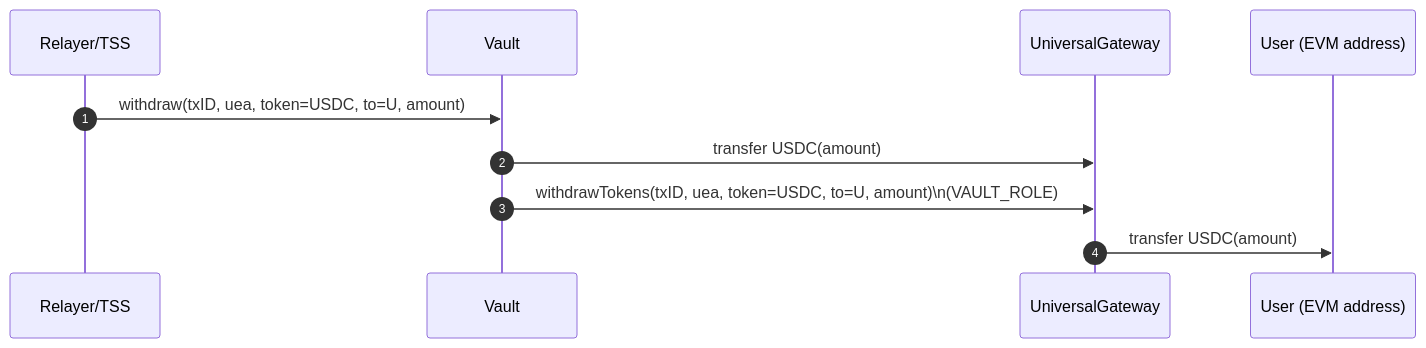
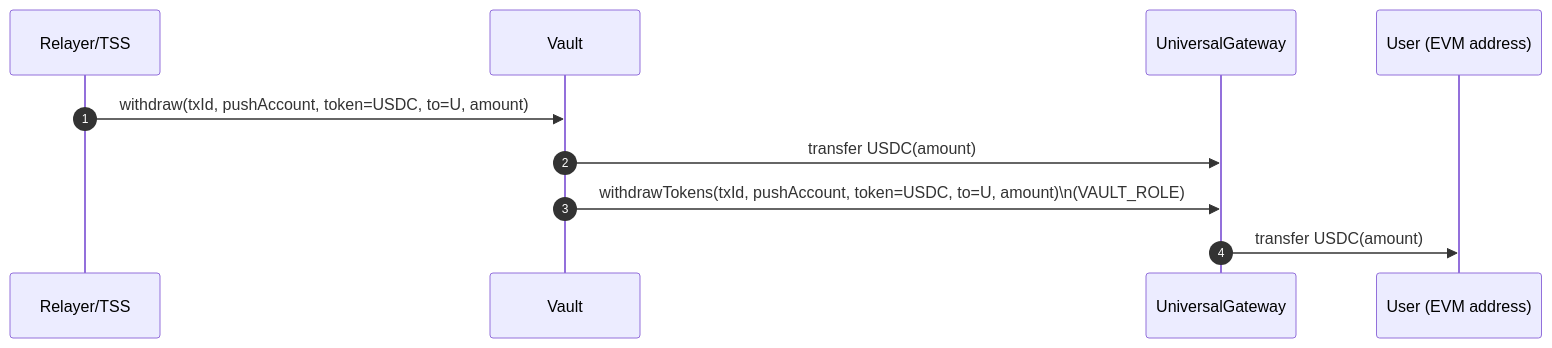
The third of 6 diagrams in contracts/evm-gateway/docs/4_OutboundTx_Flows.md (pushchain/push-chain-gateway-contracts), drawn with Mermaid before and after one commit. The commit also changed other lines of this file and 26 other files, not shown here.

````diff
--- a/contracts/evm-gateway/docs/4_OutboundTx_Flows.md
+++ b/contracts/evm-gateway/docs/4_OutboundTx_Flows.md
@@ -137,13 +123,13 @@
 ```mermaid
 sequenceDiagram
     autonumber
     participant TSS as Relayer/TSS
     participant V as Vault
     participant G as UniversalGateway
     participant U as User (EVM address)
 
-    TSS->>V: withdraw(txID, uea, token=USDC, to=U, amount)
+    TSS->>V: withdraw(txId, pushAccount, token=USDC, to=U, amount)
     V->>G: transfer USDC(amount)
-    V->>G: withdrawTokens(txID, uea, token=USDC, to=U, amount)\n(VAULT_ROLE)
+    V->>G: withdrawTokens(txId, pushAccount, token=USDC, to=U, amount)\n(VAULT_ROLE)
     G->>U: transfer USDC(amount)
 ```
````
